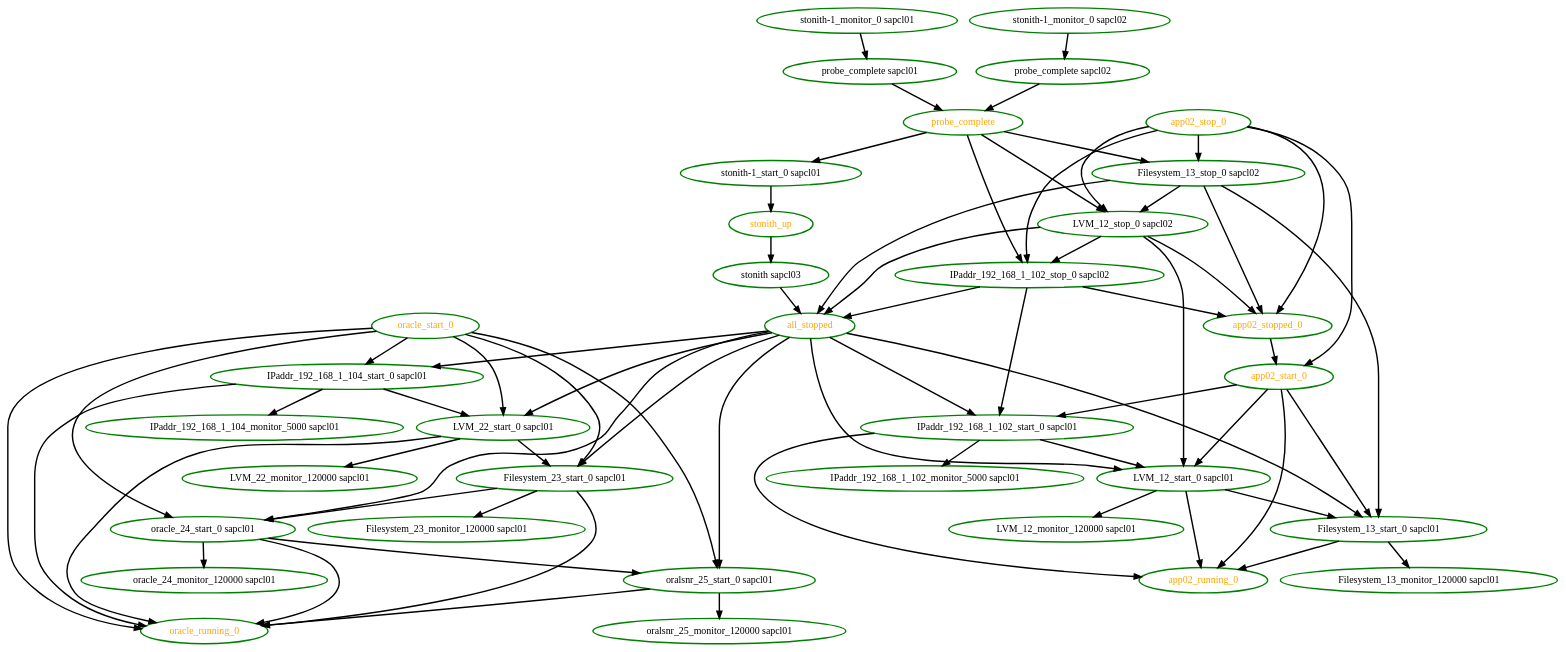
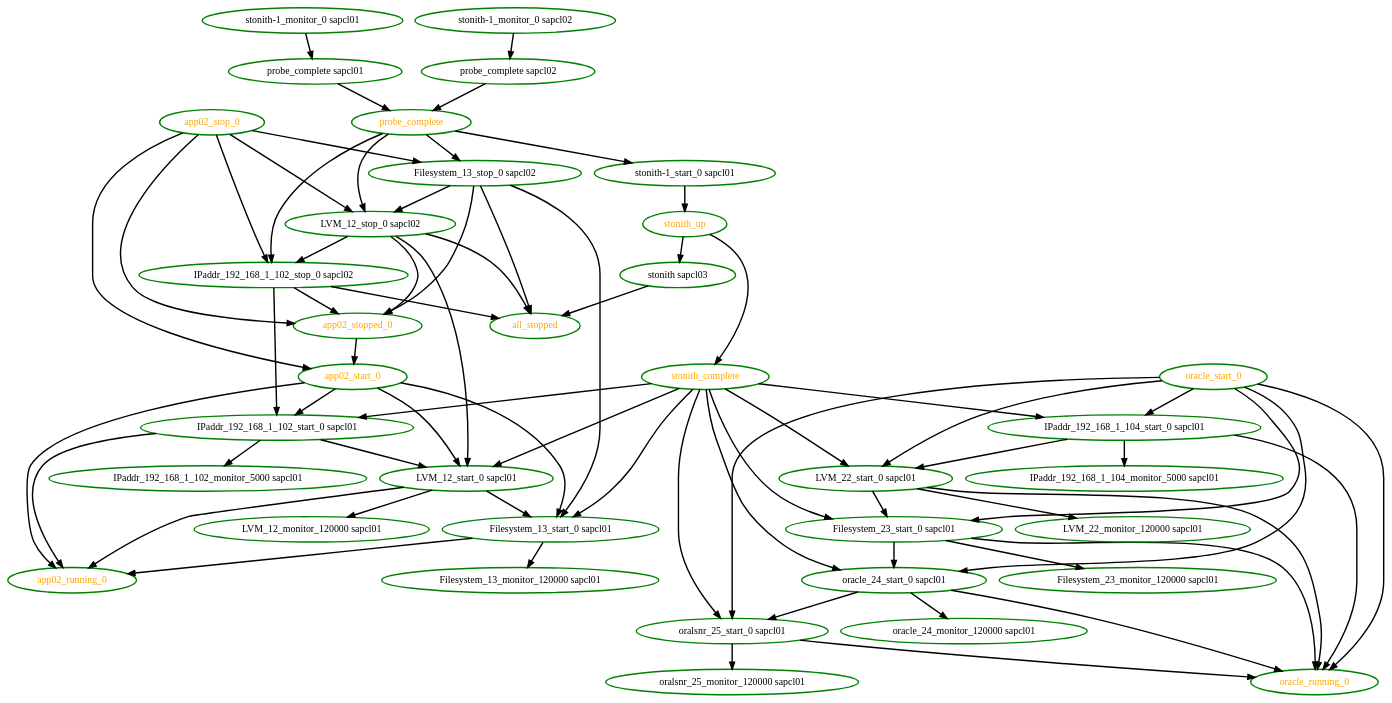
One commit to ClusterLabs/pacemaker-1.0 changed the diagram in pengine/test10/rec-node-15.dot. Above: the diagram before and after it, drawn with Graphviz. The commit also changed 50 other files, not shown here.

```diff
--- a/pengine/test10/rec-node-15.dot
+++ b/pengine/test10/rec-node-15.dot
@@ -1,104 +1,106 @@
- digraph "g" {
+digraph "g" {
 "Filesystem_13_monitor_120000 sapcl01" [ style=bold color="green" fontcolor="black"  ]
 "Filesystem_13_start_0 sapcl01" -> "Filesystem_13_monitor_120000 sapcl01" [ style = bold]
 "Filesystem_13_start_0 sapcl01" -> "app02_running_0" [ style = bold]
 "Filesystem_13_start_0 sapcl01" [ style=bold color="green" fontcolor="black"  ]
 "Filesystem_13_stop_0 sapcl02" -> "Filesystem_13_start_0 sapcl01" [ style = bold]
 "Filesystem_13_stop_0 sapcl02" -> "LVM_12_stop_0 sapcl02" [ style = bold]
 "Filesystem_13_stop_0 sapcl02" -> "all_stopped" [ style = bold]
 "Filesystem_13_stop_0 sapcl02" -> "app02_stopped_0" [ style = bold]
 "Filesystem_13_stop_0 sapcl02" [ style=bold color="green" fontcolor="black"  ]
 "Filesystem_23_monitor_120000 sapcl01" [ style=bold color="green" fontcolor="black"  ]
 "Filesystem_23_start_0 sapcl01" -> "Filesystem_23_monitor_120000 sapcl01" [ style = bold]
 "Filesystem_23_start_0 sapcl01" -> "oracle_24_start_0 sapcl01" [ style = bold]
 "Filesystem_23_start_0 sapcl01" -> "oracle_running_0" [ style = bold]
 "Filesystem_23_start_0 sapcl01" [ style=bold color="green" fontcolor="black"  ]
 "IPaddr_192_168_1_102_monitor_5000 sapcl01" [ style=bold color="green" fontcolor="black"  ]
 "IPaddr_192_168_1_102_start_0 sapcl01" -> "IPaddr_192_168_1_102_monitor_5000 sapcl01" [ style = bold]
 "IPaddr_192_168_1_102_start_0 sapcl01" -> "LVM_12_start_0 sapcl01" [ style = bold]
 "IPaddr_192_168_1_102_start_0 sapcl01" -> "app02_running_0" [ style = bold]
 "IPaddr_192_168_1_102_start_0 sapcl01" [ style=bold color="green" fontcolor="black"  ]
 "IPaddr_192_168_1_102_stop_0 sapcl02" -> "IPaddr_192_168_1_102_start_0 sapcl01" [ style = bold]
 "IPaddr_192_168_1_102_stop_0 sapcl02" -> "all_stopped" [ style = bold]
 "IPaddr_192_168_1_102_stop_0 sapcl02" -> "app02_stopped_0" [ style = bold]
 "IPaddr_192_168_1_102_stop_0 sapcl02" [ style=bold color="green" fontcolor="black"  ]
 "IPaddr_192_168_1_104_monitor_5000 sapcl01" [ style=bold color="green" fontcolor="black"  ]
 "IPaddr_192_168_1_104_start_0 sapcl01" -> "IPaddr_192_168_1_104_monitor_5000 sapcl01" [ style = bold]
 "IPaddr_192_168_1_104_start_0 sapcl01" -> "LVM_22_start_0 sapcl01" [ style = bold]
 "IPaddr_192_168_1_104_start_0 sapcl01" -> "oracle_running_0" [ style = bold]
 "IPaddr_192_168_1_104_start_0 sapcl01" [ style=bold color="green" fontcolor="black"  ]
 "LVM_12_monitor_120000 sapcl01" [ style=bold color="green" fontcolor="black"  ]
 "LVM_12_start_0 sapcl01" -> "Filesystem_13_start_0 sapcl01" [ style = bold]
 "LVM_12_start_0 sapcl01" -> "LVM_12_monitor_120000 sapcl01" [ style = bold]
 "LVM_12_start_0 sapcl01" -> "app02_running_0" [ style = bold]
 "LVM_12_start_0 sapcl01" [ style=bold color="green" fontcolor="black"  ]
 "LVM_12_stop_0 sapcl02" -> "IPaddr_192_168_1_102_stop_0 sapcl02" [ style = bold]
 "LVM_12_stop_0 sapcl02" -> "LVM_12_start_0 sapcl01" [ style = bold]
 "LVM_12_stop_0 sapcl02" -> "all_stopped" [ style = bold]
 "LVM_12_stop_0 sapcl02" -> "app02_stopped_0" [ style = bold]
 "LVM_12_stop_0 sapcl02" [ style=bold color="green" fontcolor="black"  ]
 "LVM_22_monitor_120000 sapcl01" [ style=bold color="green" fontcolor="black"  ]
 "LVM_22_start_0 sapcl01" -> "Filesystem_23_start_0 sapcl01" [ style = bold]
 "LVM_22_start_0 sapcl01" -> "LVM_22_monitor_120000 sapcl01" [ style = bold]
 "LVM_22_start_0 sapcl01" -> "oracle_running_0" [ style = bold]
 "LVM_22_start_0 sapcl01" [ style=bold color="green" fontcolor="black"  ]
-"all_stopped" -> "Filesystem_13_start_0 sapcl01" [ style = bold]
-"all_stopped" -> "Filesystem_23_start_0 sapcl01" [ style = bold]
-"all_stopped" -> "IPaddr_192_168_1_102_start_0 sapcl01" [ style = bold]
-"all_stopped" -> "IPaddr_192_168_1_104_start_0 sapcl01" [ style = bold]
-"all_stopped" -> "LVM_12_start_0 sapcl01" [ style = bold]
-"all_stopped" -> "LVM_22_start_0 sapcl01" [ style = bold]
-"all_stopped" -> "oracle_24_start_0 sapcl01" [ style = bold]
-"all_stopped" -> "oralsnr_25_start_0 sapcl01" [ style = bold]
 "all_stopped" [ style=bold color="green" fontcolor="orange"  ]
 "app02_running_0" [ style=bold color="green" fontcolor="orange"  ]
 "app02_start_0" -> "Filesystem_13_start_0 sapcl01" [ style = bold]
 "app02_start_0" -> "IPaddr_192_168_1_102_start_0 sapcl01" [ style = bold]
 "app02_start_0" -> "LVM_12_start_0 sapcl01" [ style = bold]
 "app02_start_0" -> "app02_running_0" [ style = bold]
 "app02_start_0" [ style=bold color="green" fontcolor="orange"  ]
 "app02_stop_0" -> "Filesystem_13_stop_0 sapcl02" [ style = bold]
 "app02_stop_0" -> "IPaddr_192_168_1_102_stop_0 sapcl02" [ style = bold]
 "app02_stop_0" -> "LVM_12_stop_0 sapcl02" [ style = bold]
 "app02_stop_0" -> "app02_start_0" [ style = bold]
 "app02_stop_0" -> "app02_stopped_0" [ style = bold]
 "app02_stop_0" [ style=bold color="green" fontcolor="orange"  ]
 "app02_stopped_0" -> "app02_start_0" [ style = bold]
 "app02_stopped_0" [ style=bold color="green" fontcolor="orange"  ]
 "oracle_24_monitor_120000 sapcl01" [ style=bold color="green" fontcolor="black"  ]
 "oracle_24_start_0 sapcl01" -> "oracle_24_monitor_120000 sapcl01" [ style = bold]
 "oracle_24_start_0 sapcl01" -> "oracle_running_0" [ style = bold]
 "oracle_24_start_0 sapcl01" -> "oralsnr_25_start_0 sapcl01" [ style = bold]
 "oracle_24_start_0 sapcl01" [ style=bold color="green" fontcolor="black"  ]
 "oracle_running_0" [ style=bold color="green" fontcolor="orange"  ]
 "oracle_start_0" -> "Filesystem_23_start_0 sapcl01" [ style = bold]
 "oracle_start_0" -> "IPaddr_192_168_1_104_start_0 sapcl01" [ style = bold]
 "oracle_start_0" -> "LVM_22_start_0 sapcl01" [ style = bold]
 "oracle_start_0" -> "oracle_24_start_0 sapcl01" [ style = bold]
 "oracle_start_0" -> "oracle_running_0" [ style = bold]
 "oracle_start_0" -> "oralsnr_25_start_0 sapcl01" [ style = bold]
 "oracle_start_0" [ style=bold color="green" fontcolor="orange"  ]
 "oralsnr_25_monitor_120000 sapcl01" [ style=bold color="green" fontcolor="black"  ]
 "oralsnr_25_start_0 sapcl01" -> "oracle_running_0" [ style = bold]
 "oralsnr_25_start_0 sapcl01" -> "oralsnr_25_monitor_120000 sapcl01" [ style = bold]
 "oralsnr_25_start_0 sapcl01" [ style=bold color="green" fontcolor="black"  ]
 "probe_complete sapcl01" -> "probe_complete" [ style = bold]
 "probe_complete sapcl01" [ style=bold color="green" fontcolor="black"  ]
 "probe_complete sapcl02" -> "probe_complete" [ style = bold]
 "probe_complete sapcl02" [ style=bold color="green" fontcolor="black"  ]
 "probe_complete" -> "Filesystem_13_stop_0 sapcl02" [ style = bold]
 "probe_complete" -> "IPaddr_192_168_1_102_stop_0 sapcl02" [ style = bold]
 "probe_complete" -> "LVM_12_stop_0 sapcl02" [ style = bold]
 "probe_complete" -> "stonith-1_start_0 sapcl01" [ style = bold]
 "probe_complete" [ style=bold color="green" fontcolor="orange"  ]
 "stonith sapcl03" -> "all_stopped" [ style = bold]
 "stonith sapcl03" [ style=bold color="green" fontcolor="black"  ]
 "stonith-1_monitor_0 sapcl01" -> "probe_complete sapcl01" [ style = bold]
 "stonith-1_monitor_0 sapcl01" [ style=bold color="green" fontcolor="black"  ]
 "stonith-1_monitor_0 sapcl02" -> "probe_complete sapcl02" [ style = bold]
 "stonith-1_monitor_0 sapcl02" [ style=bold color="green" fontcolor="black"  ]
 "stonith-1_start_0 sapcl01" -> "stonith_up" [ style = bold]
 "stonith-1_start_0 sapcl01" [ style=bold color="green" fontcolor="black"  ]
+"stonith_complete" -> "Filesystem_13_start_0 sapcl01" [ style = bold]
+"stonith_complete" -> "Filesystem_23_start_0 sapcl01" [ style = bold]
+"stonith_complete" -> "IPaddr_192_168_1_102_start_0 sapcl01" [ style = bold]
+"stonith_complete" -> "IPaddr_192_168_1_104_start_0 sapcl01" [ style = bold]
+"stonith_complete" -> "LVM_12_start_0 sapcl01" [ style = bold]
+"stonith_complete" -> "LVM_22_start_0 sapcl01" [ style = bold]
+"stonith_complete" -> "oracle_24_start_0 sapcl01" [ style = bold]
+"stonith_complete" -> "oralsnr_25_start_0 sapcl01" [ style = bold]
+"stonith_complete" [ style=bold color="green" fontcolor="orange"  ]
 "stonith_up" -> "stonith sapcl03" [ style = bold]
+"stonith_up" -> "stonith_complete" [ style = bold]
 "stonith_up" [ style=bold color="green" fontcolor="orange"  ]
 }
```
